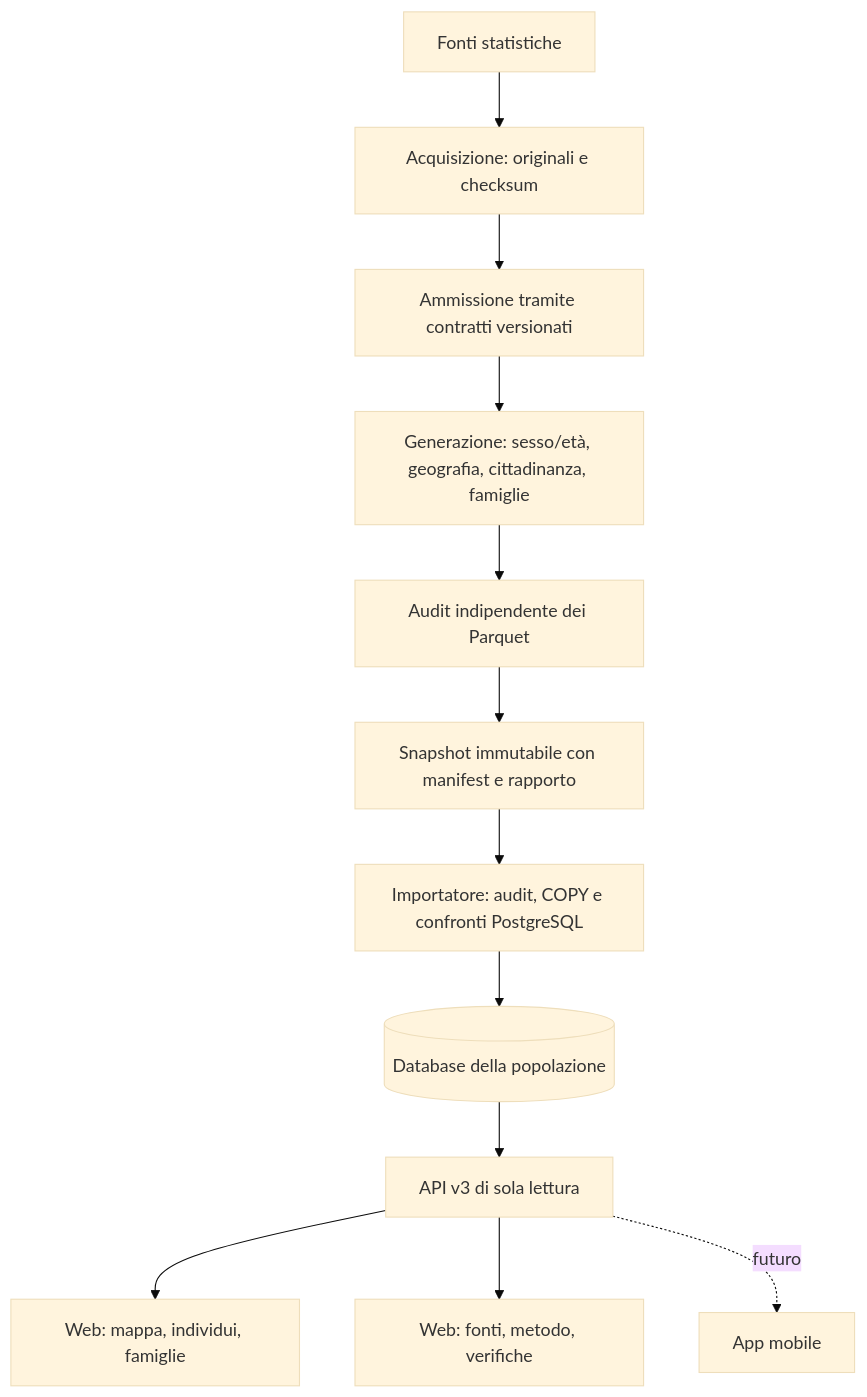
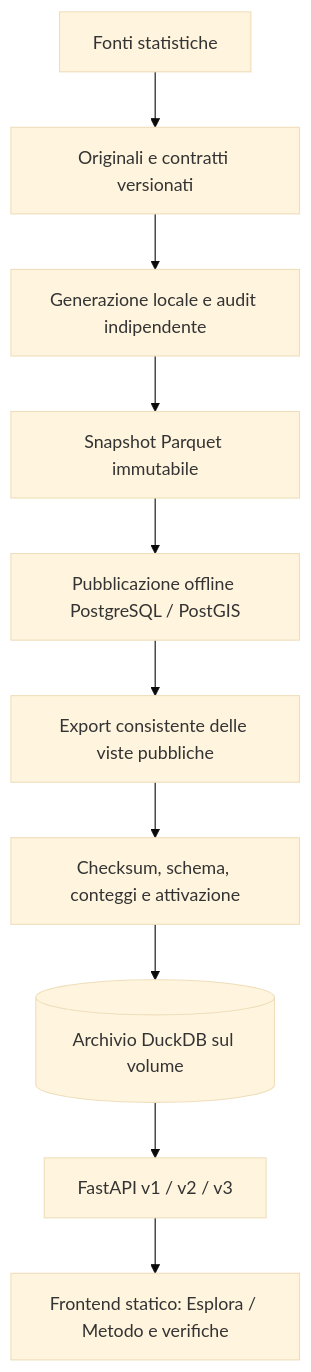
Before and after one commit to matik81/itadb: the diagram in docs/architecture.md, drawn with Mermaid (base theme). The commit also changed other lines of this file and 53 other files, not shown here.

````diff
--- a/docs/architecture.md
+++ b/docs/architecture.md
@@ -11,14 +11,12 @@
 ```mermaid
 flowchart TB
-  S[Fonti statistiche] --> C[Acquisizione: originali e checksum]
-  C --> I[Ammissione tramite contratti versionati]
-  I --> G[Generazione: sesso/età, geografia, cittadinanza, famiglie]
-  G --> Q[Audit indipendente dei Parquet]
-  Q --> P[Snapshot immutabile con manifest e rapporto]
-  P --> L[Importatore: audit, COPY e confronti PostgreSQL]
-  L --> D[(Database della popolazione)]
-  D --> A[API v3 di sola lettura]
-  A --> W[Web: mappa, individui, famiglie]
-  A --> E[Web: fonti, metodo, verifiche]
-  A -. futuro .-> M[App mobile]
+  S[Fonti statistiche] --> C[Originali e contratti versionati]
+  C --> G[Generazione locale e audit indipendente]
+  G --> P[Snapshot Parquet immutabile]
+  P --> L[Pubblicazione offline PostgreSQL / PostGIS]
+  L --> X[Export consistente delle viste pubbliche]
+  X --> V[Checksum, schema, conteggi e attivazione]
+  V --> D[(Archivio DuckDB sul volume)]
+  D --> A[FastAPI v1 / v2 / v3]
+  A --> W[Frontend statico: Esplora / Metodo e verifiche]
 ```
````
